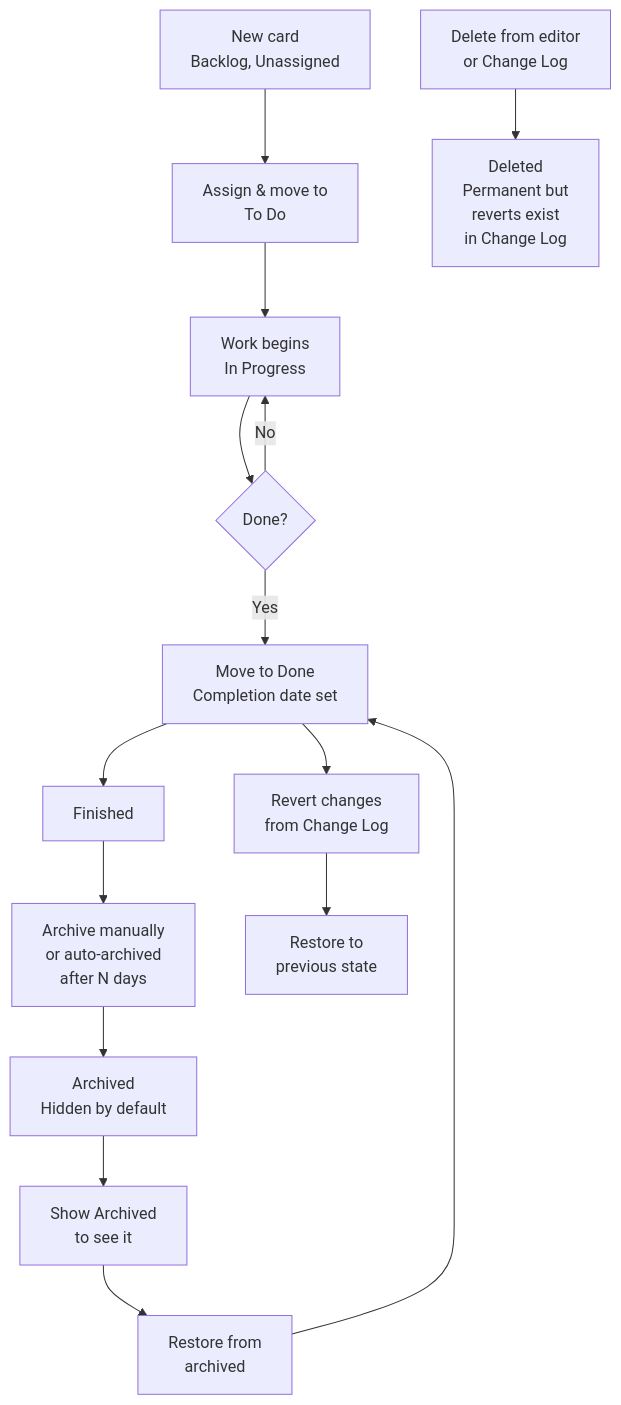
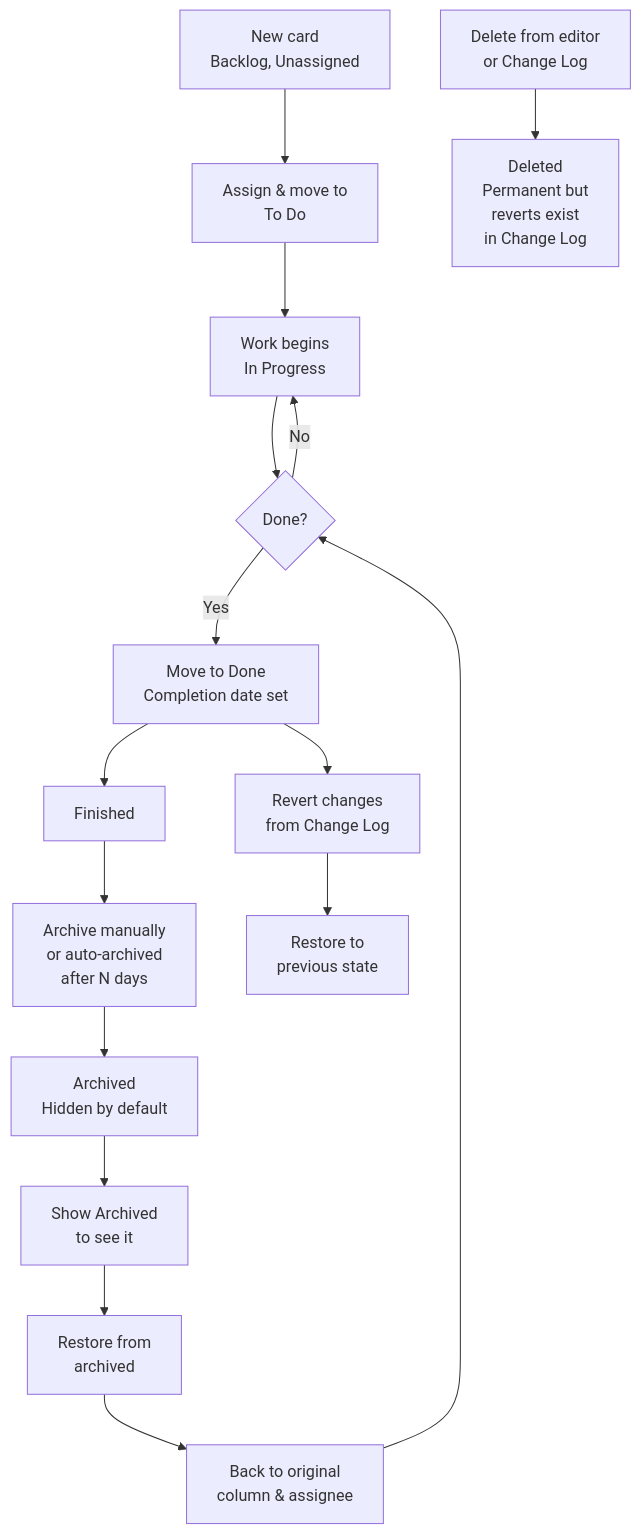
The first of 3 diagrams in USER-GUIDE.md (nikhilkomakula/ticky-task), drawn with Mermaid before and after one commit. The commit also changed other lines of this file, not shown here.

````diff
--- a/USER-GUIDE.md
+++ b/USER-GUIDE.md
@@ -254,20 +258,21 @@
 ```mermaid
 flowchart TD
     A["New card<br/>Backlog, Unassigned"] --> B["Assign & move to<br/>To Do"]
     B --> C["Work begins<br/>In Progress"]
     C --> D{"Done?"}
     D -->|No| C
     D -->|Yes| E["Move to Done<br/>Completion date set"]
     E --> F["Finished"]
     F --> G["Archive manually<br/>or auto-archived<br/>after N days"]
     G --> H["Archived<br/>Hidden by default"]
     
     E --> I["Revert changes<br/>from Change Log"]
     I --> J["Restore to<br/>previous state"]
     
     H --> K["Show Archived<br/>to see it"]
     K --> L["Restore from<br/>archived"]
-    L --> E
+    L --> O["Back to original<br/>column & assignee"]
+    O --> D
     
     M["Delete from editor<br/>or Change Log"] --> N["Deleted<br/>Permanent but<br/>reverts exist<br/>in Change Log"]
 ```
````
